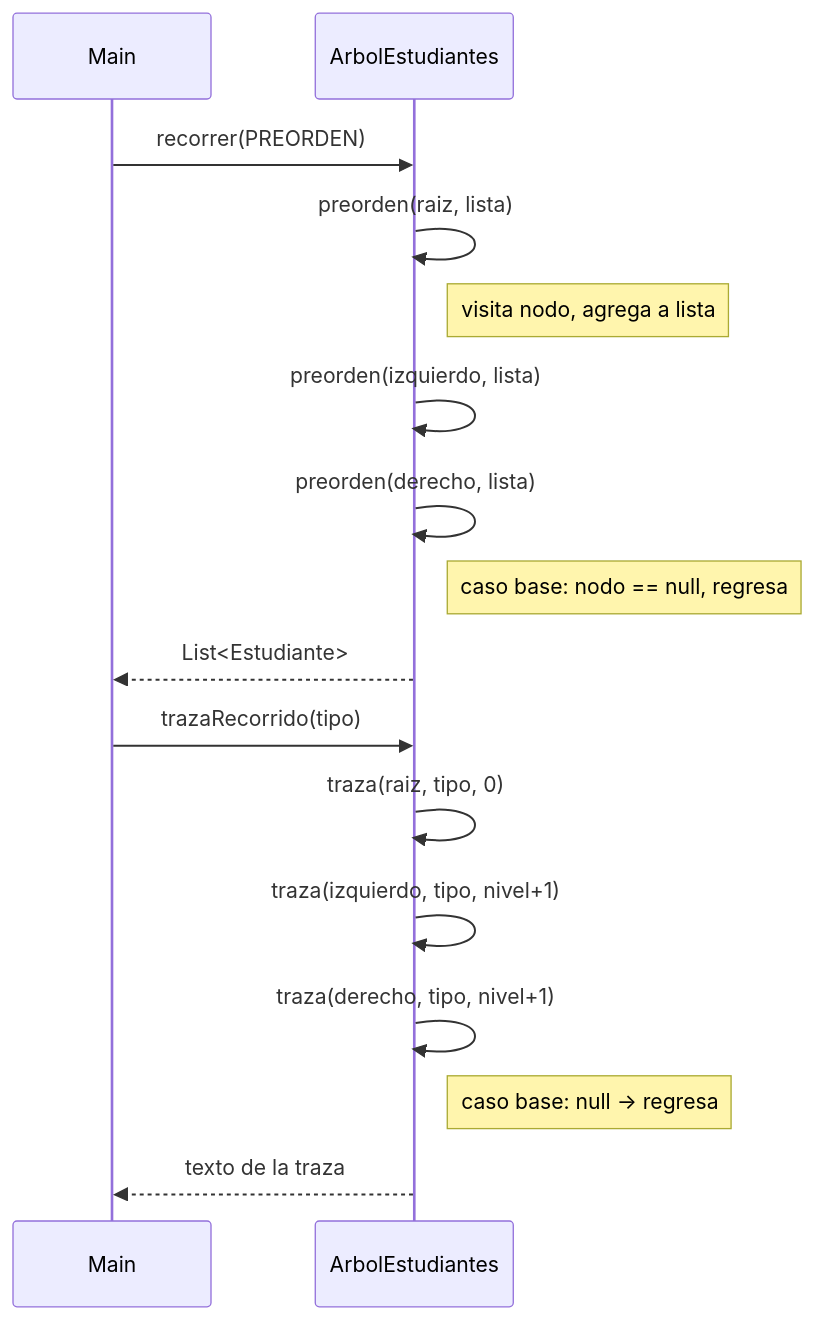
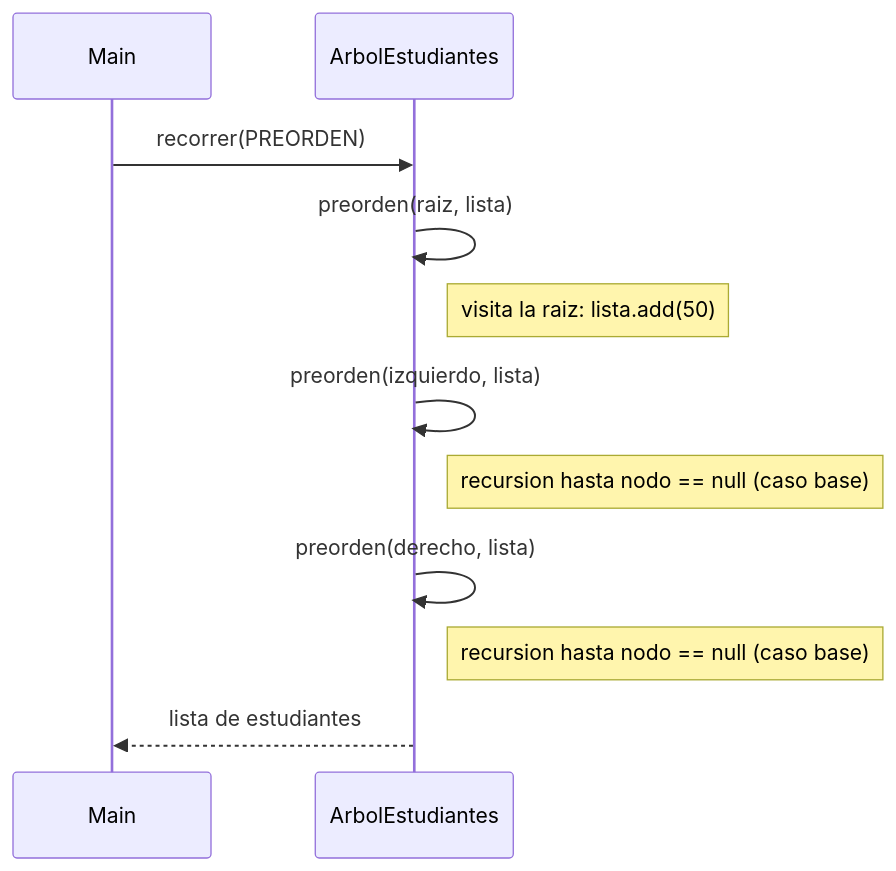
Before and after one commit to Damienq7w/APE3-Arboles-Integrado: the first of 2 diagrams in docs/diagramas-secuencia/secuencia_recorridos.md, drawn with Mermaid. The commit also changed other lines of this file and 1 other file, not shown here.

Commit message:
Modificacion de los diagramas

````diff
--- a/docs/diagramas-secuencia/secuencia_recorridos.md
+++ b/docs/diagramas-secuencia/secuencia_recorridos.md
@@ -3,20 +20,14 @@
 ```mermaid
 sequenceDiagram
     participant Main
-    participant ArbolEstudiantes as ArbolEstudiantes
+    participant ArbolEstudiantes
 
     Main->>ArbolEstudiantes: recorrer(PREORDEN)
     ArbolEstudiantes->>ArbolEstudiantes: preorden(raiz, lista)
-    Note right of ArbolEstudiantes: visita nodo, agrega a lista
+    Note right of ArbolEstudiantes: visita la raiz: lista.add(50)
     ArbolEstudiantes->>ArbolEstudiantes: preorden(izquierdo, lista)
+    Note right of ArbolEstudiantes: recursion hasta nodo == null (caso base)
     ArbolEstudiantes->>ArbolEstudiantes: preorden(derecho, lista)
-    Note right of ArbolEstudiantes: caso base: nodo == null, regresa
-    ArbolEstudiantes-->>Main: List<Estudiante>
-
-    Main->>ArbolEstudiantes: trazaRecorrido(tipo)
-    ArbolEstudiantes->>ArbolEstudiantes: traza(raiz, tipo, 0)
-    ArbolEstudiantes->>ArbolEstudiantes: traza(izquierdo, tipo, nivel+1)
-    ArbolEstudiantes->>ArbolEstudiantes: traza(derecho, tipo, nivel+1)
-    Note right of ArbolEstudiantes: caso base: null -> regresa
-    ArbolEstudiantes-->>Main: texto de la traza
+    Note right of ArbolEstudiantes: recursion hasta nodo == null (caso base)
+    ArbolEstudiantes-->>Main: lista de estudiantes
 ```
````
